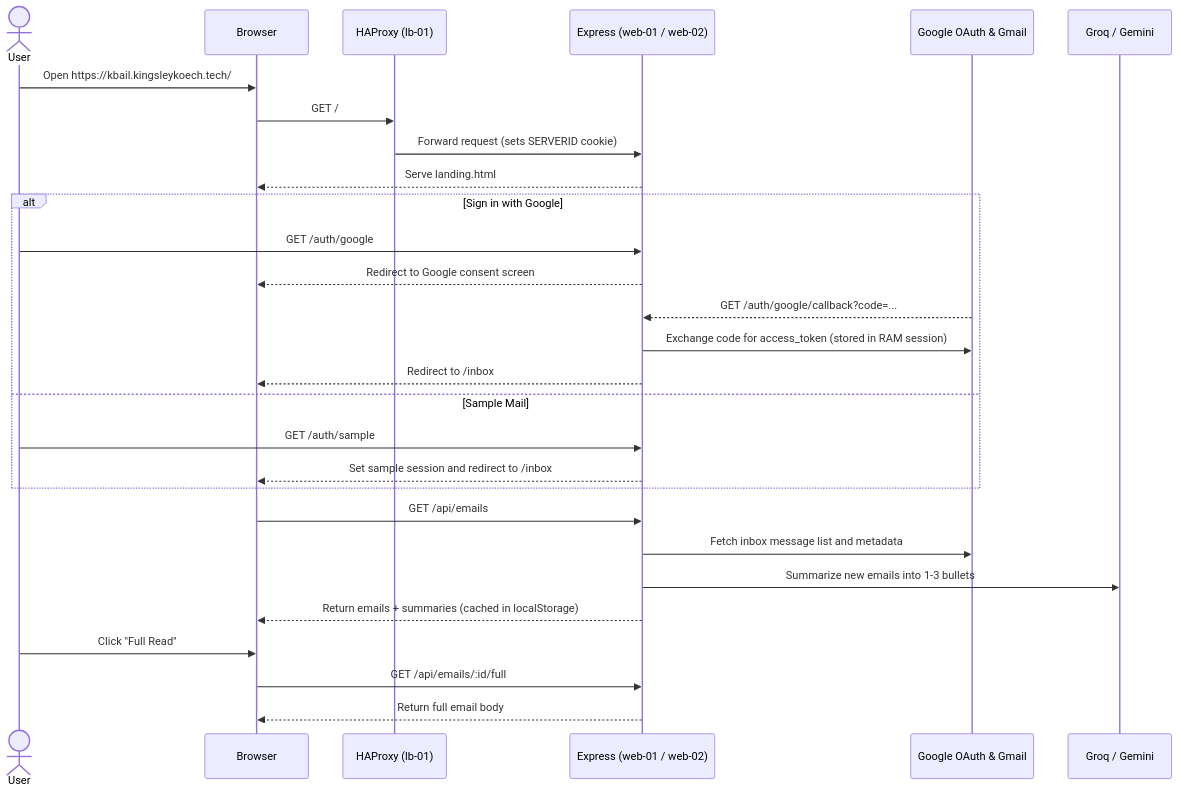
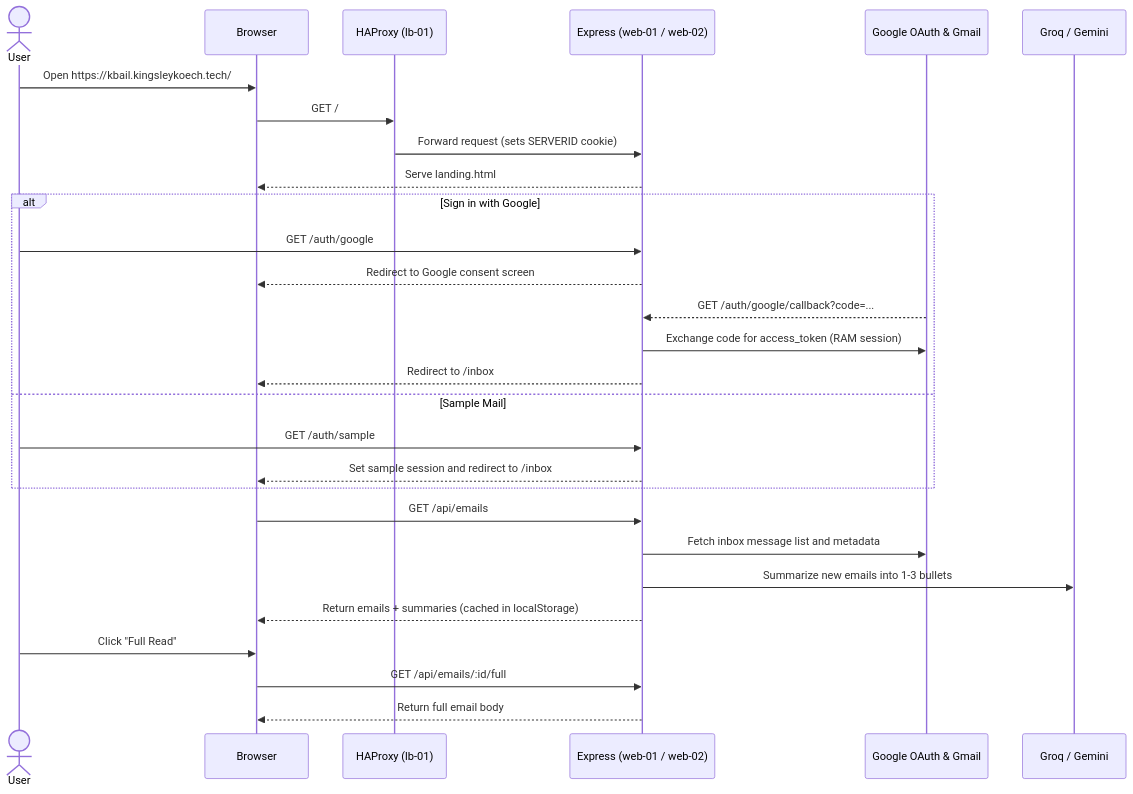
Before and after one commit to kingsleykipkoech/K-Bail-: the second of 2 diagrams in README.md, drawn with Mermaid. The commit also changed other lines of this file and 2 other files, not shown here.

````diff
--- a/README.md
+++ b/README.md
@@ -35,34 +53,34 @@
 ```mermaid
 sequenceDiagram
     actor User
     participant Browser
     participant LB as HAProxy (lb-01)
     participant App as Express (web-01 / web-02)
     participant Google as Google OAuth & Gmail
     participant AI as Groq / Gemini
 
     User->>Browser: Open https://kbail.kingsleykoech.tech/
     Browser->>LB: GET /
     LB->>App: Forward request (sets SERVERID cookie)
     App-->>Browser: Serve landing.html
 
     alt Sign in with Google
         User->>App: GET /auth/google
         App-->>Browser: Redirect to Google consent screen
         Google-->>App: GET /auth/google/callback?code=...
-        App->>Google: Exchange code for access_token (stored in RAM session)
+        App->>Google: Exchange code for access_token (RAM session)
         App-->>Browser: Redirect to /inbox
     else Sample Mail
         User->>App: GET /auth/sample
         App-->>Browser: Set sample session and redirect to /inbox
     end
 
     Browser->>App: GET /api/emails
     App->>Google: Fetch inbox message list and metadata
     App->>AI: Summarize new emails into 1-3 bullets
     App-->>Browser: Return emails + summaries (cached in localStorage)
 
     User->>Browser: Click "Full Read"
     Browser->>App: GET /api/emails/:id/full
     App-->>Browser: Return full email body
 ```
````
